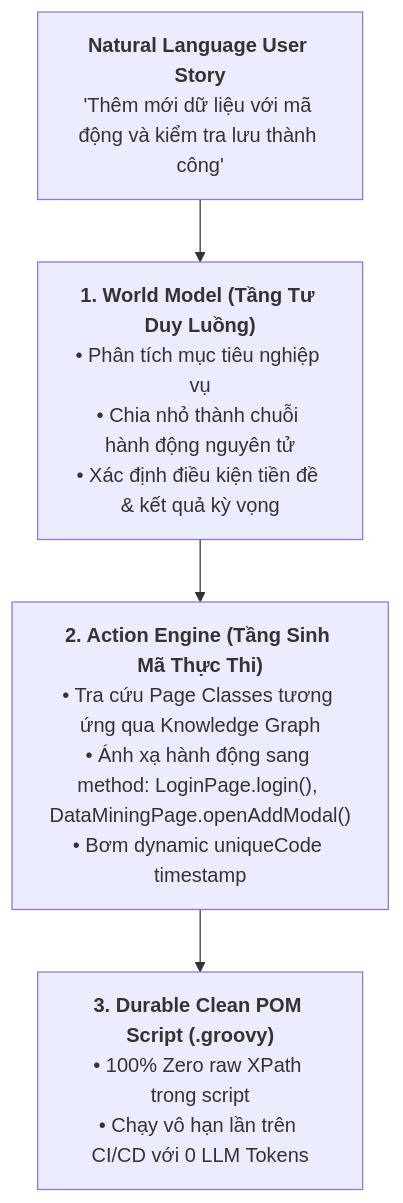
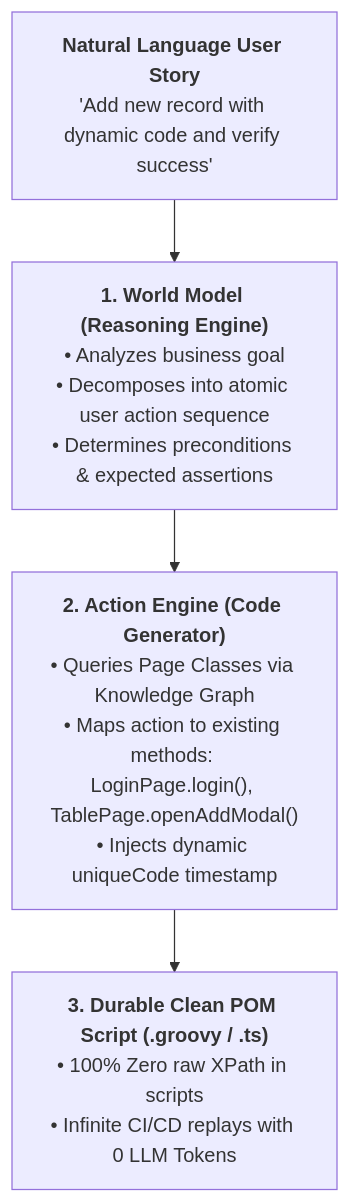
One commit to TeeVee98/Synapse-Hub changed the diagram in .agents/skills/lam-script-generator/SKILL.md. Above: the diagram before and after it, drawn with Mermaid. The commit also changed other lines of this file and 27 other files, not shown here.

````diff
--- a/.agents/skills/lam-script-generator/SKILL.md
+++ b/.agents/skills/lam-script-generator/SKILL.md
@@ -15,8 +15,8 @@
 ```mermaid
 flowchart TD
-    UserStory["<b>Natural Language User Story</b><br/>'Thêm mới dữ liệu với mã động và kiểm tra lưu thành công'"] --> WorldModel["<b>1. World Model (Tầng Tư Duy Luồng)</b><br/>• Phân tích mục tiêu nghiệp vụ<br/>• Chia nhỏ thành chuỗi hành động nguyên tử<br/>• Xác định điều kiện tiền đề & kết quả kỳ vọng"]
+    UserStory["<b>Natural Language User Story</b><br/>'Add new record with dynamic code and verify success'"] --> WorldModel["<b>1. World Model (Reasoning Engine)</b><br/>• Analyzes business goal<br/>• Decomposes into atomic user action sequence<br/>• Determines preconditions & expected assertions"]
     
-    WorldModel --> ActionEngine["<b>2. Action Engine (Tầng Sinh Mã Thực Thi)</b><br/>• Tra cứu Page Classes tương ứng qua Knowledge Graph<br/>• Ánh xạ hành động sang method: LoginPage.login(), DataMiningPage.openAddModal()<br/>• Bơm dynamic uniqueCode timestamp"]
+    WorldModel --> ActionEngine["<b>2. Action Engine (Code Generator)</b><br/>• Queries Page Classes via Knowledge Graph<br/>• Maps action to existing methods: LoginPage.login(), TablePage.openAddModal()<br/>• Injects dynamic uniqueCode timestamp"]
     
-    ActionEngine --> CodeGen["<b>3. Durable Clean POM Script (.groovy)</b><br/>• 100% Zero raw XPath trong script<br/>• Chạy vô hạn lần trên CI/CD với 0 LLM Tokens"]
+    ActionEngine --> CodeGen["<b>3. Durable Clean POM Script (.groovy / .ts)</b><br/>• 100% Zero raw XPath in scripts<br/>• Infinite CI/CD replays with 0 LLM Tokens"]
 ```
````
